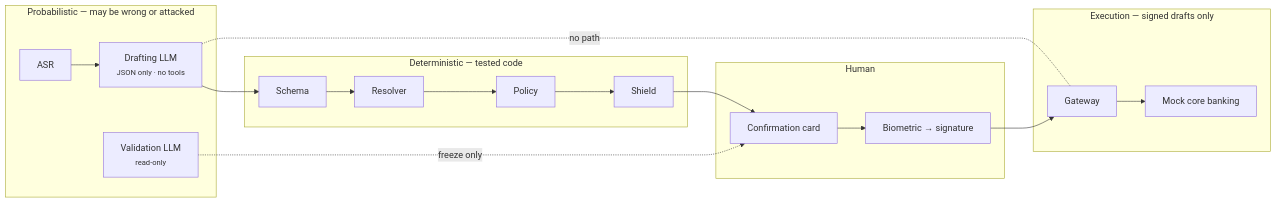
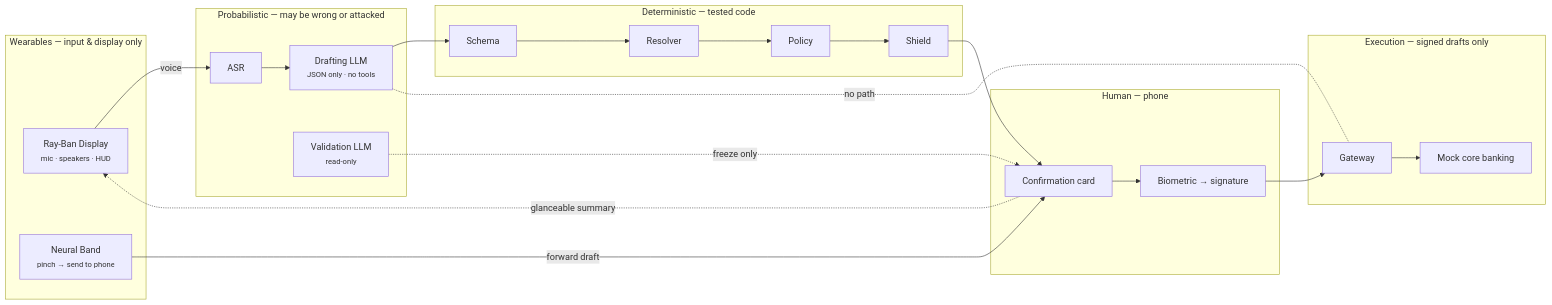
One commit to aljabrialam/tencent-cloud-ai-hackathon-sg-2026 changed the second of 2 diagrams in README.md. Above: the diagram before and after it, drawn with Mermaid. The commit also changed other lines of this file, not shown here.

Commit message:
Document wearable surfaces in README architecture diagram
Glasses mic feeds ASR, HUD renders a glanceable card summary, Neural Band
pinch forwards the draft — while signature stays on the phone. Links the
meta-wearable-concept doc with the two no-hardware test paths.

Generated with [Devin](https://devin.ai)

````diff
--- a/README.md
+++ b/README.md
@@ -68,21 +68,28 @@
 ```mermaid
 flowchart LR
+  subgraph W["Wearables — input & display only"]
+    MIC["Ray-Ban Display<br/><small>mic · speakers · HUD</small>"]
+    BAND["Neural Band<br/><small>pinch → send to phone</small>"]
+  end
   subgraph P["Probabilistic — may be wrong or attacked"]
     ASR["ASR"] --> L1["Drafting LLM<br/><small>JSON only · no tools</small>"]
     L2["Validation LLM<br/><small>read-only</small>"]
   end
   subgraph D["Deterministic — tested code"]
     S["Schema"] --> RS["Resolver"] --> PO["Policy"] --> SD["Shield"]
   end
-  subgraph H["Human"]
+  subgraph H["Human — phone"]
     CARD["Confirmation card"] --> BIO["Biometric → signature"]
   end
   subgraph X["Execution — signed drafts only"]
     GW["Gateway"] --> LED["Mock core banking"]
   end
+  MIC -->|"voice"| ASR
+  BAND -->|"forward draft"| CARD
   L1 --> S
   L1 -. "no path" .- GW
   L2 -. "freeze only" .-> CARD
   SD --> CARD
+  CARD -. "glanceable summary" .-> MIC
   BIO --> GW
 ```
````
